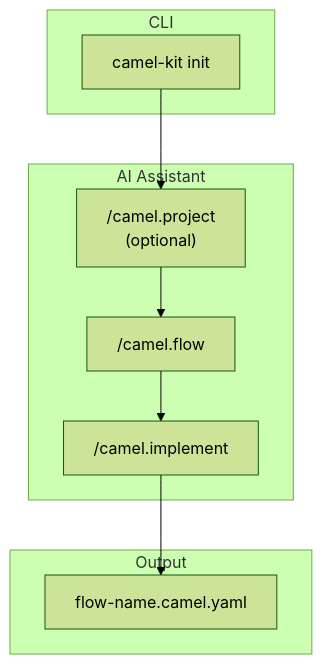
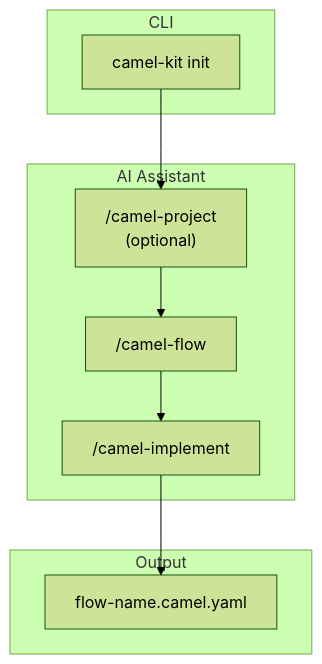
The first of 2 diagrams in docs/user-guide.md (luigidemasi/camel-kit), drawn with Mermaid (forest theme) before and after one commit. The commit also changed other lines of this file and 59 other files, not shown here.

````diff
--- a/docs/user-guide.md
+++ b/docs/user-guide.md
@@ -92,16 +141,16 @@
 ```mermaid
 flowchart TB
     subgraph CLI
         A[camel-kit init]
     end
     subgraph "AI Assistant"
-        B["/camel.project<br/>(optional)"]
-        C["/camel.flow"]
-        D["/camel.implement"]
+        B["/camel-project<br/>(optional)"]
+        C["/camel-flow"]
+        D["/camel-implement"]
     end
     subgraph Output
         E["flow-name.camel.yaml"]
     end
 
     A --> B --> C --> D --> E
 ```
````
